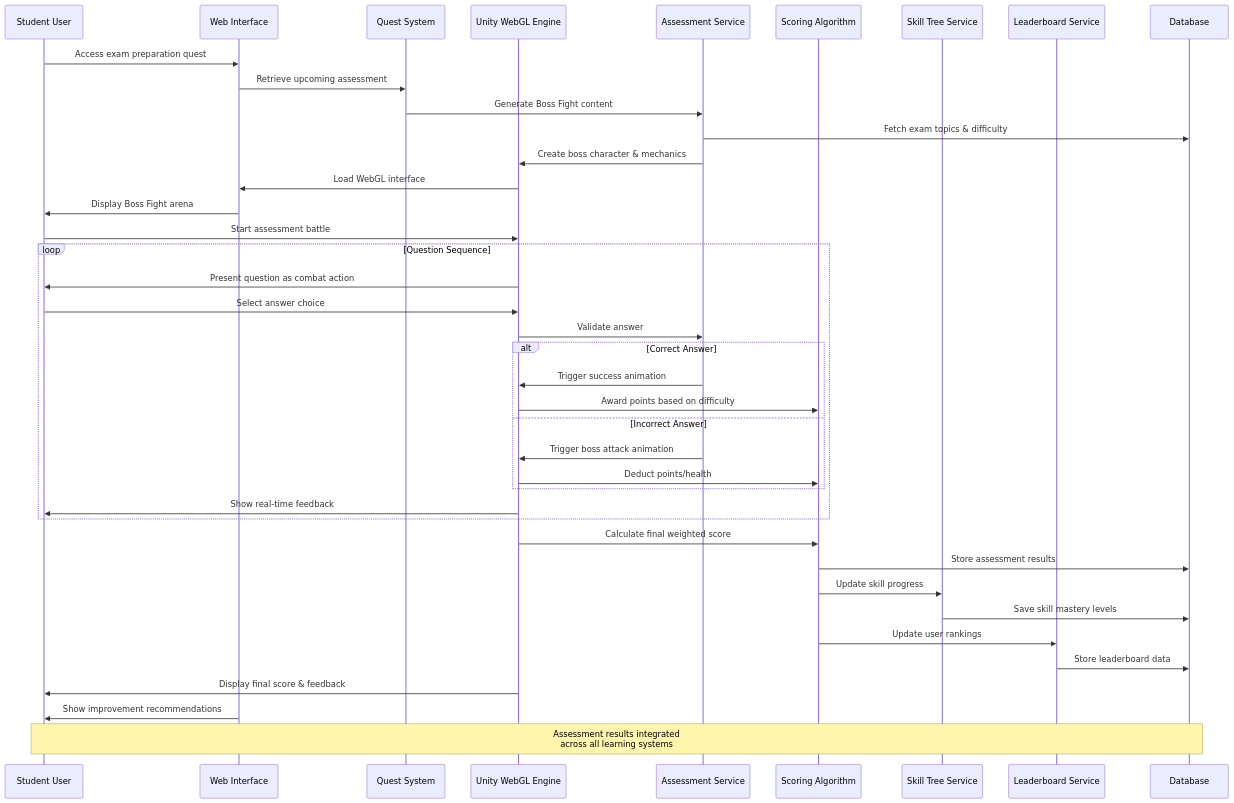
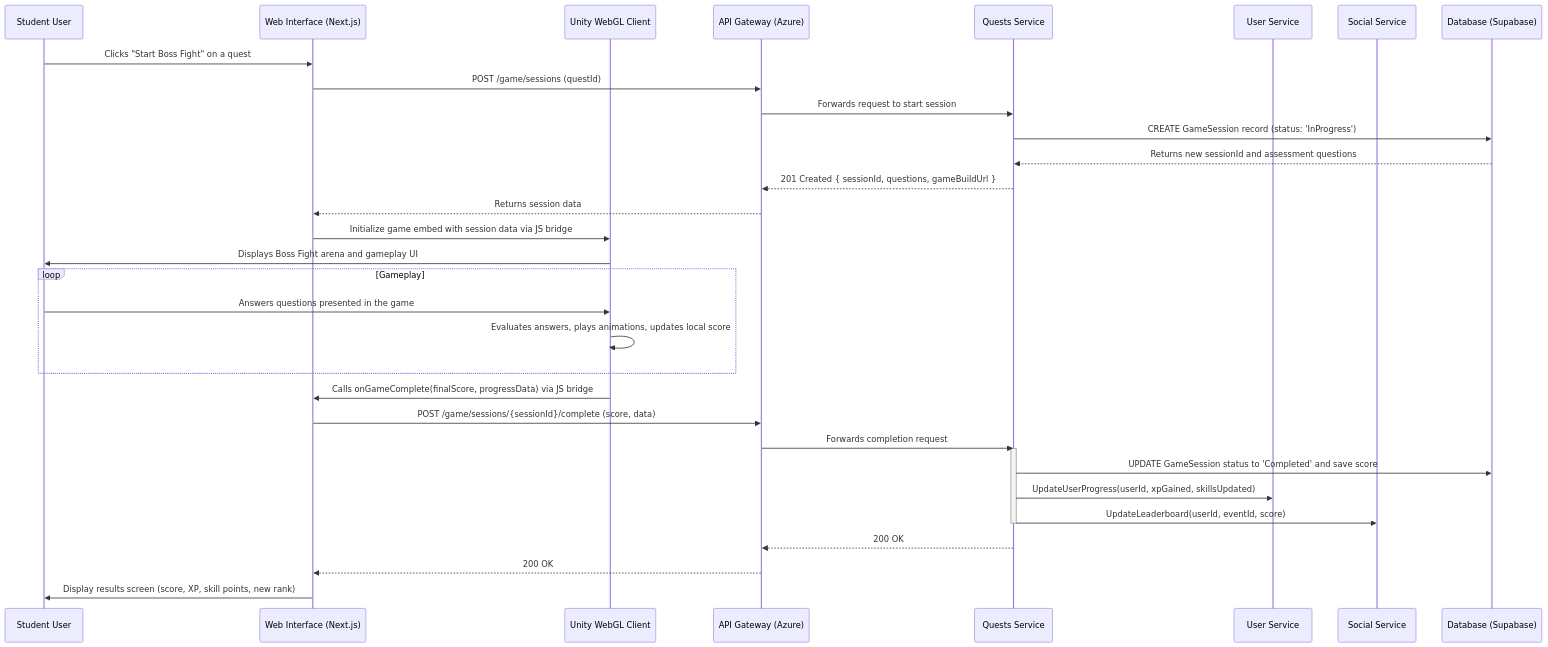
Before and after one commit to FA25SE050-RogueLearn/RogueLearn.BMAD.Documentation: the diagram in mermaid-diagrams/sequence/03-boss-fight-assessment.md, drawn with Mermaid. The commit also changed 9 other files, not shown here.

Commit message:
update: all sequence diagrams to suit new database schema

````diff
--- a/mermaid-diagrams/sequence/03-boss-fight-assessment.md
+++ b/mermaid-diagrams/sequence/03-boss-fight-assessment.md
@@ -3,52 +3,52 @@
 ```mermaid
 sequenceDiagram
     participant U as Student User
-    participant UI as Web Interface
-    participant Quest as Quest System
-    participant Unity as Unity WebGL Engine
-    participant Assessment as Assessment Service
-    participant Scoring as Scoring Algorithm
-    participant STree as Skill Tree Service
-    participant Leaderboard as Leaderboard Service
-    participant DB as Database
+    participant UI as Web Interface (Next.js)
+    participant Unity as Unity WebGL Client
+    participant APIGateway as API Gateway (Azure)
+    participant QuestsService as Quests Service
+    participant UserService as User Service
+    participant SocialService as Social Service
+    participant Database as Database (Supabase)
 
-    U->>UI: Access exam preparation quest
-    UI->>Quest: Retrieve upcoming assessment
-    Quest->>Assessment: Generate Boss Fight content
+    %% Step 1: User starts the assessment from the web UI %%
+    U->>UI: Clicks "Start Boss Fight" on a quest
+    UI->>APIGateway: POST /game/sessions (questId)
+    APIGateway->>QuestsService: Forwards request to start session
+
+    %% Step 2: Backend creates a game session and fetches questions %%
+    QuestsService->>Database: CREATE GameSession record (status: 'InProgress')
+    Database-->>QuestsService: Returns new sessionId and assessment questions
+    QuestsService-->>APIGateway: 201 Created { sessionId, questions, gameBuildUrl }
+    APIGateway-->>UI: Returns session data
+
+    %% Step 3: Web UI launches the Unity client and passes it the session data %%
+    UI->>Unity: Initialize game embed with session data via JS bridge
+    Unity->>U: Displays Boss Fight arena and gameplay UI
+
+    %% Step 4: Gameplay loop is handled entirely within the Unity client %%
+    loop Gameplay
+        U->>Unity: Answers questions presented in the game
+        Unity->>Unity: Evaluates answers, plays animations, updates local score
+    end
+
+    %% Step 5: Unity client reports final score back to the web UI upon completion %%
+    Unity->>UI: Calls onGameComplete(finalScore, progressData) via JS bridge
     
-    Assessment->>DB: Fetch exam topics & difficulty
-    Assessment->>Unity: Create boss character & mechanics
-    Unity->>UI: Load WebGL interface
+    %% Step 6: Web UI sends the final results to the backend for processing %%
+    UI->>APIGateway: POST /game/sessions/{sessionId}/complete (score, data)
+    APIGateway->>QuestsService: Forwards completion request
+
+    %% Step 7: Backend finalizes the session and updates all relevant user data %%
+    activate QuestsService
+    QuestsService->>Database: UPDATE GameSession status to 'Completed' and save score
+    QuestsService->>UserService: UpdateUserProgress(userId, xpGained, skillsUpdated)
+    QuestsService->>SocialService: UpdateLeaderboard(userId, eventId, score)
+    deactivate QuestsService
     
-    UI->>U: Display Boss Fight arena
-    U->>Unity: Start assessment battle
-    
-    loop Question Sequence
-        Unity->>U: Present question as combat action
-        U->>Unity: Select answer choice
-        Unity->>Assessment: Validate answer
-        
-        alt Correct Answer
-            Assessment->>Unity: Trigger success animation
-            Unity->>Scoring: Award points based on difficulty
-        else Incorrect Answer
-            Assessment->>Unity: Trigger boss attack animation
-            Unity->>Scoring: Deduct points/health
-        end
-        
-        Unity->>U: Show real-time feedback
-    end
-    
-    Unity->>Scoring: Calculate final weighted score
-    Scoring->>DB: Store assessment results
-    Scoring->>STree: Update skill progress
-    STree->>DB: Save skill mastery levels
-    
-    Scoring->>Leaderboard: Update user rankings
-    Leaderboard->>DB: Store leaderboard data
-    
-    Unity->>U: Display final score & feedback
-    UI->>U: Show improvement recommendations
-    
-    Note over U,DB: Assessment results integrated<br/>across all learning systems
+    QuestsService-->>APIGateway: 200 OK
+    APIGateway-->>UI: 200 OK
+
+    %% Step 8: User sees their final results %%
+    UI->>U: Display results screen (score, XP, skill points, new rank)
 ```
````
